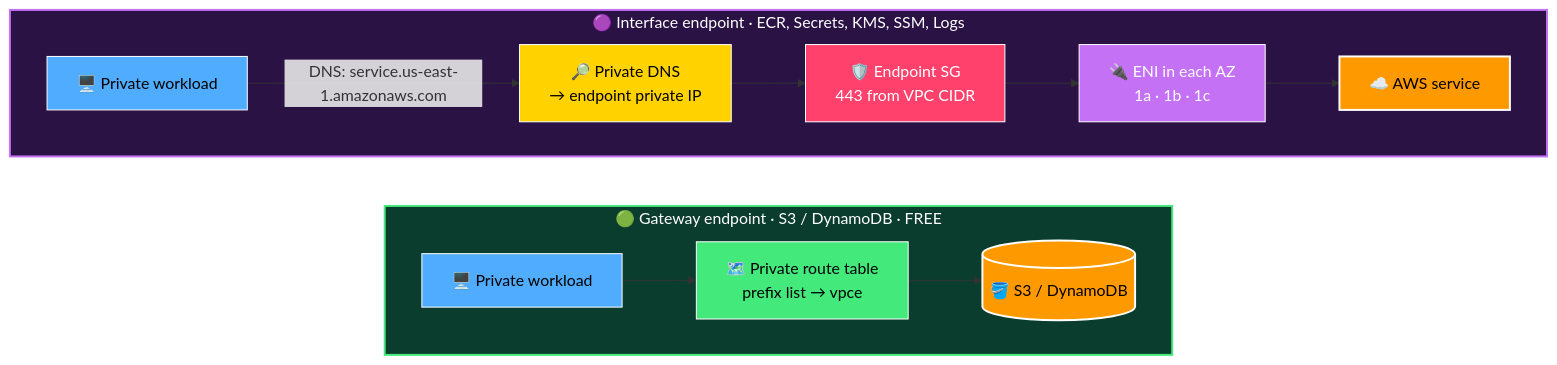
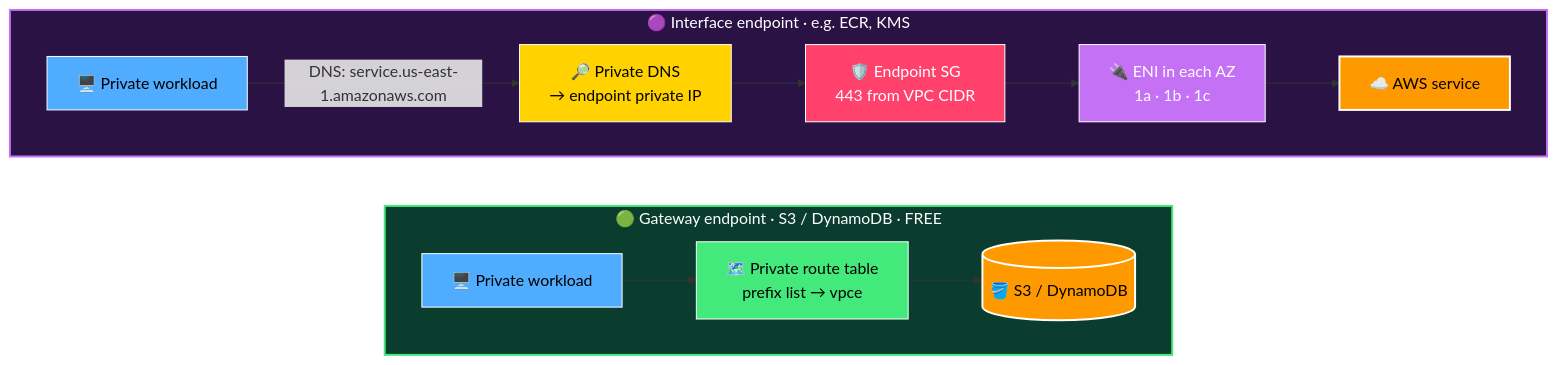
Diagram 12 of 18 in README.md (muntaha747/FinTech-Enterprise-Project), drawn with Mermaid before and after one commit. The commit also changed other lines of this file, not shown here.

First line of the commit message:
README: remove diagrams that duplicate or drift from the architecture [skip ci]

````diff
--- a/README.md
+++ b/README.md
@@ -942,21 +720,21 @@
 ```mermaid
 flowchart LR
     subgraph GW["🟢 Gateway endpoint · S3 / DynamoDB · FREE"]
         direction LR
         P1[🖥️ Private workload]:::wl --> RT[🗺️ Private route table<br/>prefix list → vpce]:::rt --> G[(🪣 S3 / DynamoDB)]:::svc
     end
-    subgraph IF["🟣 Interface endpoint · ECR, Secrets, KMS, SSM, Logs"]
+    subgraph IF["🟣 Interface endpoint · e.g. ECR, KMS"]
         direction LR
         P2[🖥️ Private workload]:::wl -->|DNS: service.us-east-1.amazonaws.com| DNS[🔎 Private DNS<br/>→ endpoint private IP]:::dns
         DNS --> SG[🛡️ Endpoint SG<br/>443 from VPC CIDR]:::sg --> ENI[🔌 ENI in each AZ<br/>1a · 1b · 1c]:::eni --> I[☁️ AWS service]:::svc
     end
 
     classDef wl fill:#4facfe,stroke:#fff,color:#000
     classDef rt fill:#43e97b,stroke:#fff,color:#000
     classDef dns fill:#ffd200,stroke:#fff,color:#000
     classDef sg fill:#ff416c,stroke:#fff,color:#fff
     classDef eni fill:#c471f5,stroke:#fff,color:#fff
     classDef svc fill:#ff9900,stroke:#fff,color:#000,stroke-width:2px
     style GW fill:#0b3d2e,stroke:#43e97b,color:#fff,stroke-width:2px
     style IF fill:#2a1245,stroke:#c471f5,color:#fff,stroke-width:2px
 ```
````
